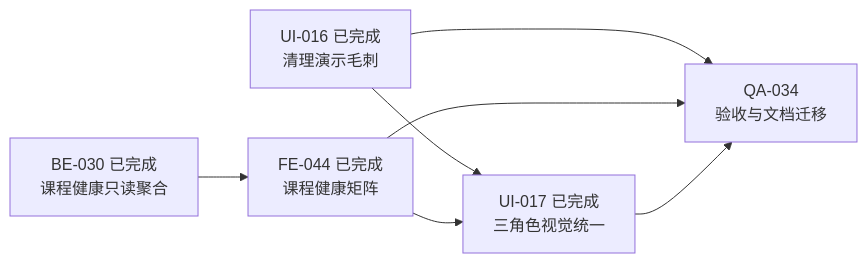
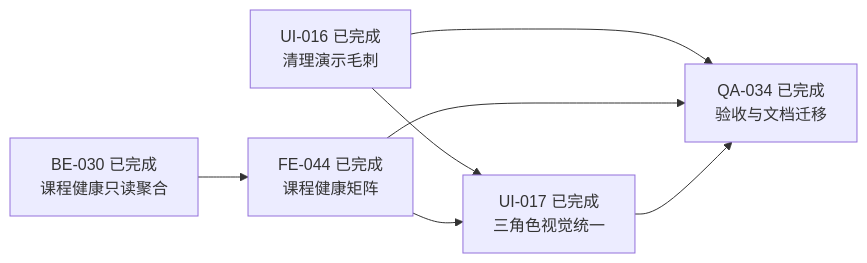
One commit to falling-feather/Astra changed the first of 2 diagrams in doc/02-更新规划.md. Above: the diagram before and after it, drawn with Mermaid. The commit also changed other lines of this file and 5 other files, not shown here.

````diff
--- a/doc/02-更新规划.md
+++ b/doc/02-更新规划.md
@@ -138,15 +139,15 @@
 ```mermaid
 flowchart LR
     A[UI-016 已完成\n清理演示毛刺]
     B[BE-030 已完成\n课程健康只读聚合]
     C[FE-044 已完成\n课程健康矩阵]
     D[UI-017 已完成\n三角色视觉统一]
-    E[QA-034\n验收与文档迁移]
+    E[QA-034 已完成\n验收与文档迁移]
 
     A --> D
     B --> C
     C --> D
     A --> E
     C --> E
     D --> E
 ```
````
